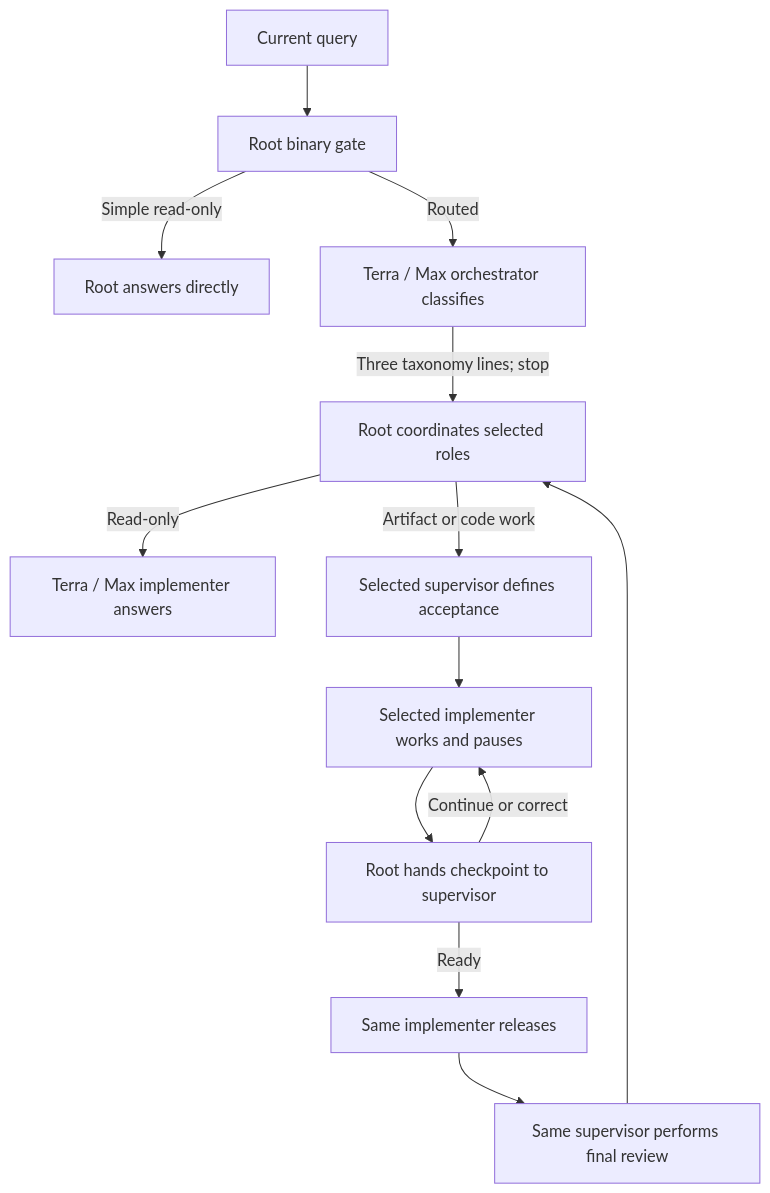
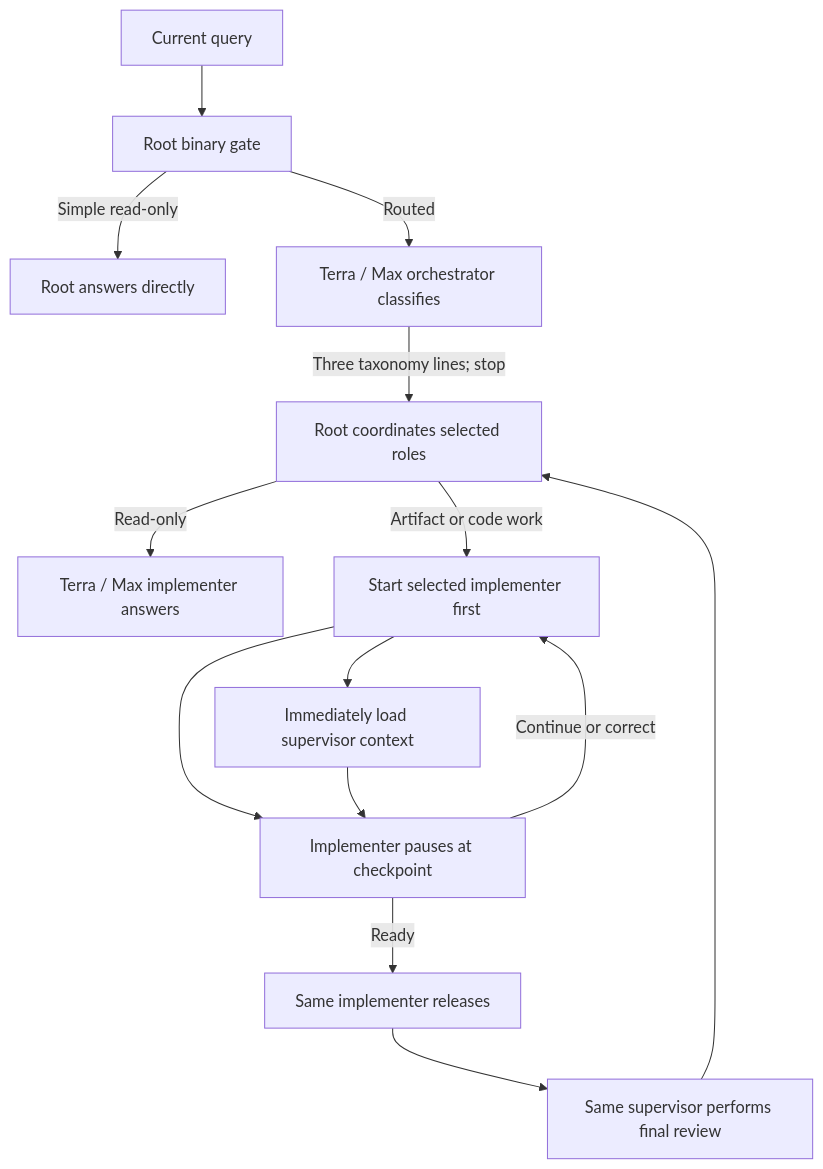
Before and after one commit to jessejaffe/codex-orchestration: the diagram in README.md, drawn with Mermaid. The commit also changed other lines of this file and 14 other files, not shown here.

Commit message:
Restore implementer-first orchestration startup

````diff
--- a/README.md
+++ b/README.md
@@ -59,15 +64,16 @@
 ```mermaid
 flowchart TD
     U["Current query"] --> G["Root binary gate"]
     G -->|"Simple read-only"| A["Root answers directly"]
     G -->|"Routed"| O["Terra / Max orchestrator classifies"]
     O -->|"Three taxonomy lines; stop"| R["Root coordinates selected roles"]
     R -->|"Read-only"| RI["Terra / Max implementer answers"]
-    R -->|"Artifact or code work"| S["Selected supervisor defines acceptance"]
-    S --> I["Selected implementer works and pauses"]
-    I --> C["Root hands checkpoint to supervisor"]
+    R -->|"Artifact or code work"| I["Start selected implementer first"]
+    I --> S["Immediately load supervisor context"]
+    I --> C["Implementer pauses at checkpoint"]
+    S --> C
     C -->|"Continue or correct"| I
     C -->|"Ready"| X["Same implementer releases"]
     X --> F["Same supervisor performs final review"]
     F --> R
 ```
````
